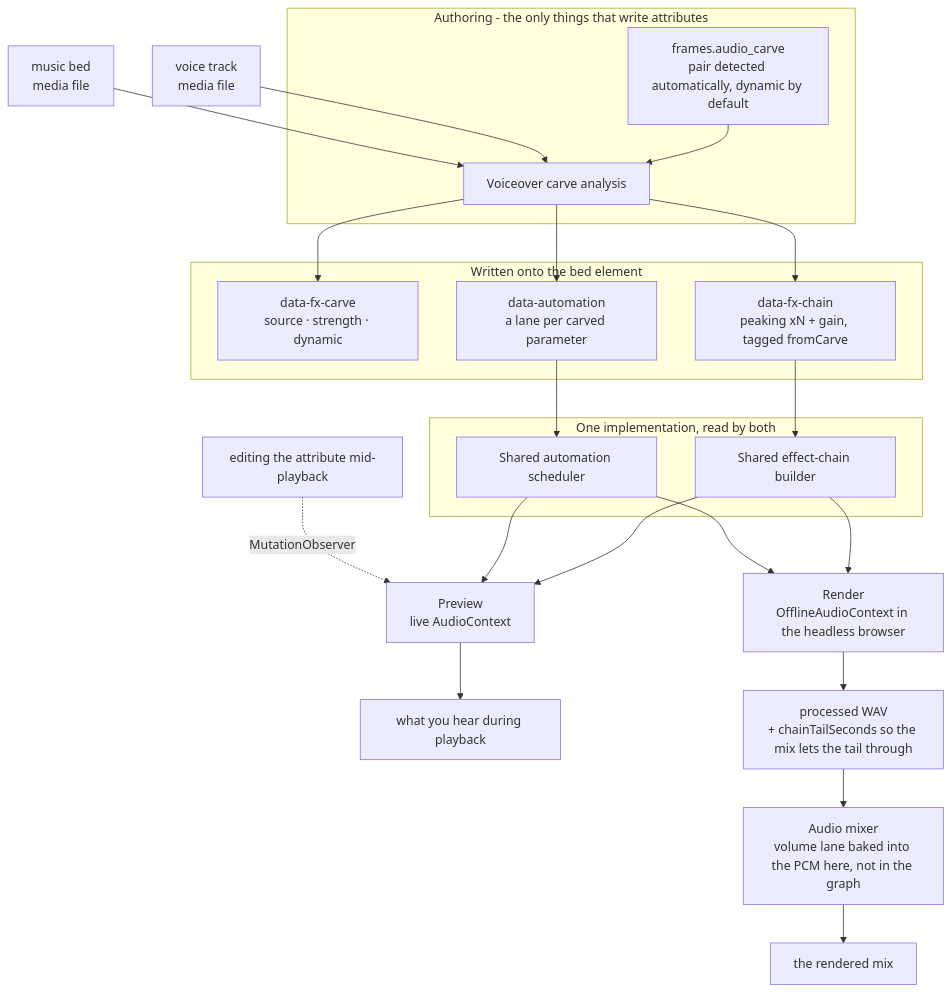
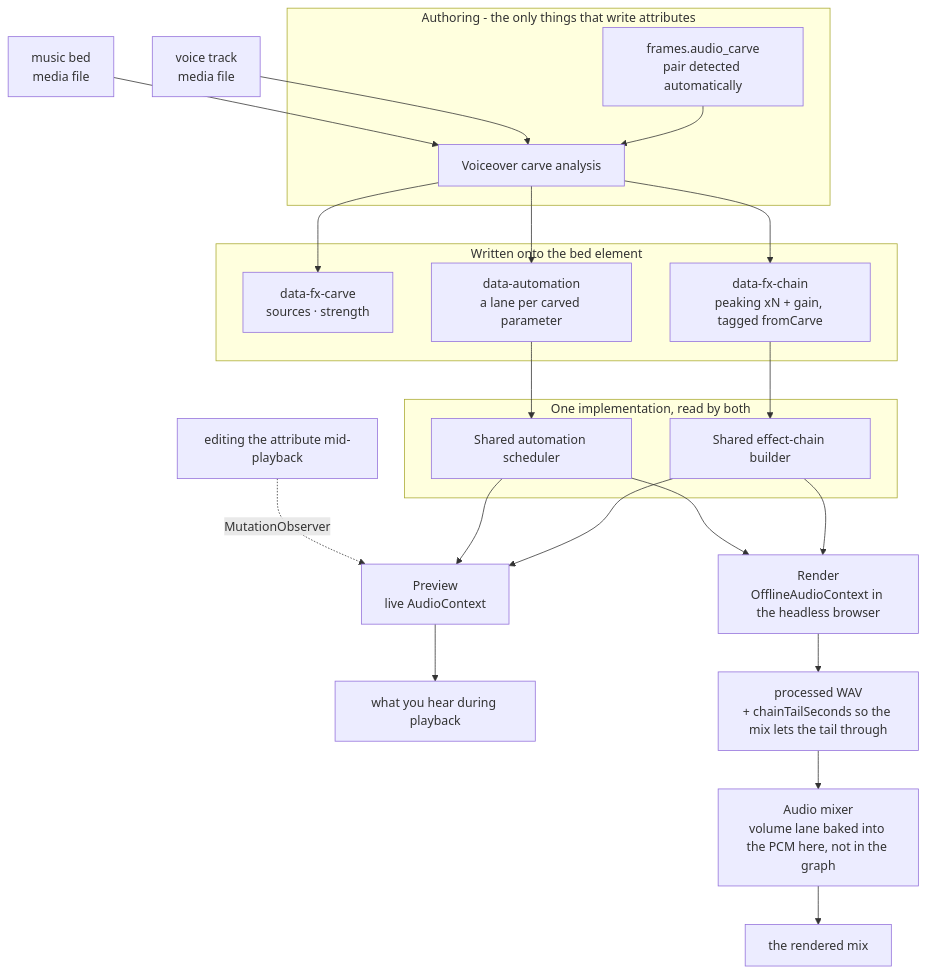
Before and after one commit to THEjacob1000/dotfiles: the first of 2 diagrams in .claude/skills/frames/references/audio.md, drawn with Mermaid. The commit also changed other lines of this file and 1026 other files, not shown here.

````diff
--- a/.claude/skills/frames/references/audio.md
+++ b/.claude/skills/frames/references/audio.md
@@ -52,44 +52,44 @@
 ```mermaid
 flowchart TB
   voice["voice track<br/>media file"]
   bed["music bed<br/>media file"]
 
   subgraph AUTHOR["Authoring - the only things that write attributes"]
-    script["frames.audio_carve<br/>pair detected automatically, dynamic by default"]
+    script["frames.audio_carve<br/>pair detected automatically"]
     analysis["Voiceover carve analysis"]
     script --> analysis
   end
 
   voice --> analysis
   bed --> analysis
 
   subgraph ATTRS["Written onto the bed element"]
-    carveAttr["data-fx-carve<br/>source · strength · dynamic"]
+    carveAttr["data-fx-carve<br/>sources · strength"]
     chainAttr["data-fx-chain<br/>peaking xN + gain, tagged fromCarve"]
     autoAttr["data-automation<br/>a lane per carved parameter"]
   end
 
   analysis --> carveAttr
   analysis --> chainAttr
   analysis --> autoAttr
 
   subgraph SHARED["One implementation, read by both"]
     build["Shared effect-chain builder"]
     sched["Shared automation scheduler"]
   end
 
   chainAttr --> build
   autoAttr --> sched
 
   build --> preview["Preview<br/>live AudioContext"]
   sched --> preview
   build --> render["Render<br/>OfflineAudioContext in the headless browser"]
   sched --> render
 
   preview --> heard["what you hear during playback"]
   render --> wav["processed WAV<br/>+ chainTailSeconds so the mix lets the tail through"]
   wav --> mix["Audio mixer<br/>volume lane baked into the PCM here, not in the graph"]
   mix --> out["the rendered mix"]
 
   edit["editing the attribute mid-playback"] -.->|MutationObserver| preview
 ```
````
